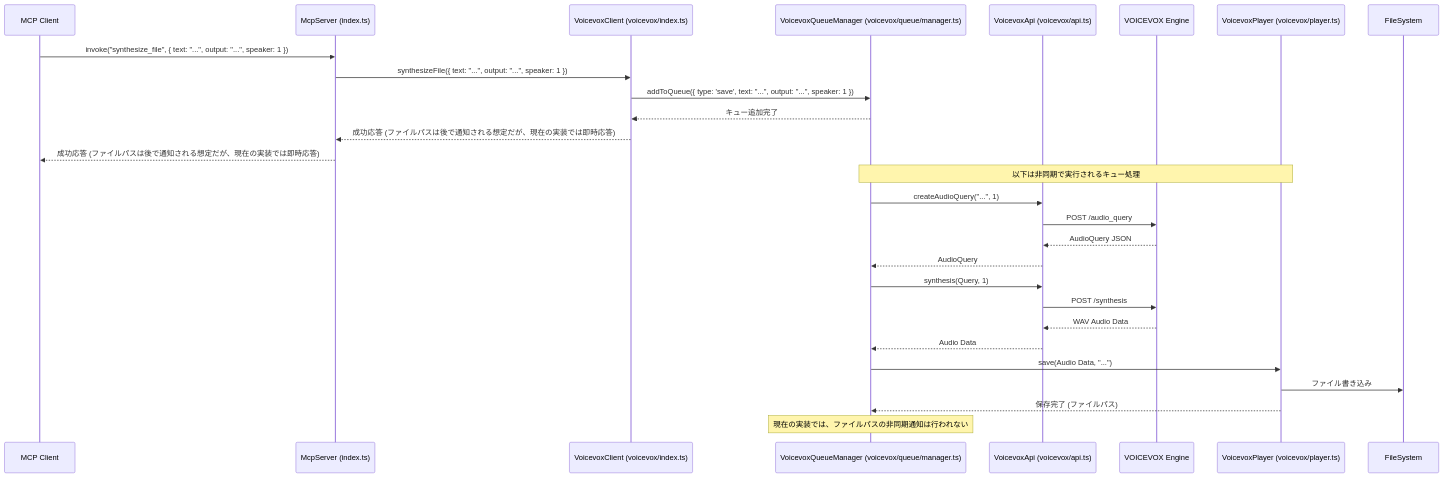
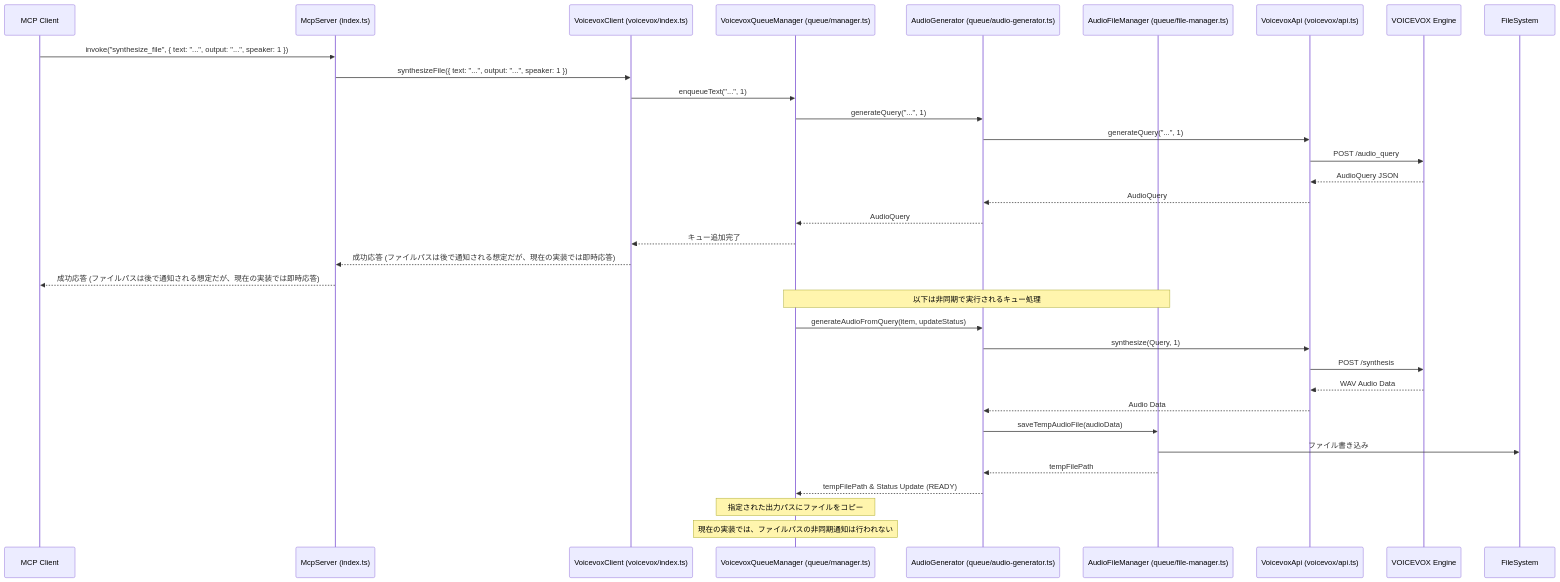
Before and after one commit to nichiki/mcp-tts-voicevox: the third of 3 diagrams in docs/diagrams.md, drawn with Mermaid. The commit also changed other lines of this file and 2 other files, not shown here.

````diff
--- a/docs/diagrams.md
+++ b/docs/diagrams.md
@@ -68,32 +73,38 @@
 ```mermaid
 sequenceDiagram
     participant Client as MCP Client
     participant Server as McpServer (index.ts)
     participant VClient as VoicevoxClient (voicevox/index.ts)
-    participant QueueMgr as VoicevoxQueueManager (voicevox/queue/manager.ts)
+    participant QueueMgr as VoicevoxQueueManager (queue/manager.ts)
+    participant AudioGen as AudioGenerator (queue/audio-generator.ts)
+    participant FileMgr as AudioFileManager (queue/file-manager.ts)
     participant VApi as VoicevoxApi (voicevox/api.ts)
     participant Engine as VOICEVOX Engine
-    participant Player as VoicevoxPlayer (voicevox/player.ts)
 
     Client->>Server: invoke("synthesize_file", { text: "...", output: "...", speaker: 1 })
     Server->>VClient: synthesizeFile({ text: "...", output: "...", speaker: 1 })
-    VClient->>QueueMgr: addToQueue({ type: 'save', text: "...", output: "...", speaker: 1 })
+    VClient->>QueueMgr: enqueueText("...", 1)
+    QueueMgr->>AudioGen: generateQuery("...", 1)
+    AudioGen->>VApi: generateQuery("...", 1)
+    VApi->>Engine: POST /audio_query
+    Engine-->>VApi: AudioQuery JSON
+    VApi-->>AudioGen: AudioQuery
+    AudioGen-->>QueueMgr: AudioQuery
     QueueMgr-->>VClient: キュー追加完了
     VClient-->>Server: 成功応答 (ファイルパスは後で通知される想定だが、現在の実装では即時応答)
     Server-->>Client: 成功応答 (ファイルパスは後で通知される想定だが、現在の実装では即時応答)
 
-    Note over QueueMgr, Player: 以下は非同期で実行されるキュー処理
+    Note over QueueMgr, FileMgr: 以下は非同期で実行されるキュー処理
 
-    QueueMgr->>VApi: createAudioQuery("...", 1)
-    VApi->>Engine: POST /audio_query
-    Engine-->>VApi: AudioQuery JSON
-    VApi-->>QueueMgr: AudioQuery
-    QueueMgr->>VApi: synthesis(Query, 1)
+    QueueMgr->>AudioGen: generateAudioFromQuery(item, updateStatus)
+    AudioGen->>VApi: synthesize(Query, 1)
     VApi->>Engine: POST /synthesis
     Engine-->>VApi: WAV Audio Data
-    VApi-->>QueueMgr: Audio Data
-    QueueMgr->>Player: save(Audio Data, "...")
-    Player->>FileSystem: ファイル書き込み
-    Player-->>QueueMgr: 保存完了 (ファイルパス)
+    VApi-->>AudioGen: Audio Data
+    AudioGen->>FileMgr: saveTempAudioFile(audioData)
+    FileMgr->>FileSystem: ファイル書き込み
+    FileMgr-->>AudioGen: tempFilePath
+    AudioGen-->>QueueMgr: tempFilePath & Status Update (READY)
+    Note over QueueMgr: 指定された出力パスにファイルをコピー
     Note over QueueMgr: 現在の実装では、ファイルパスの非同期通知は行われない
 ```
````
